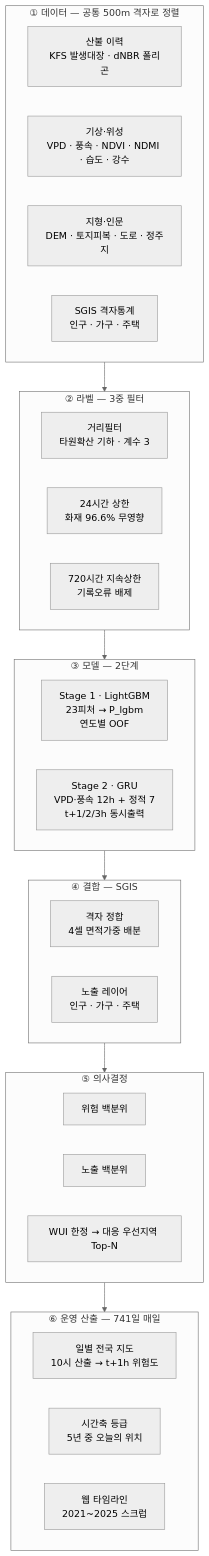
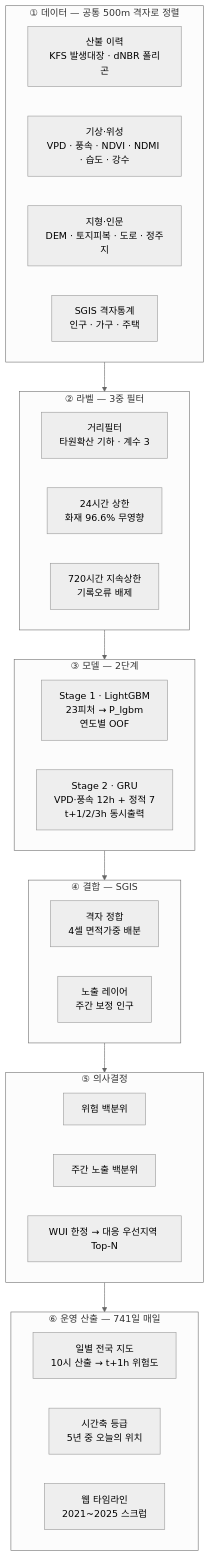
One commit to tradeprogram/SGIS changed the diagram in README.md. Above: the diagram before and after it, drawn with Mermaid (neutral theme). The commit also changed other lines of this file and 1 other file, not shown here.

````diff
--- a/README.md
+++ b/README.md
@@ -64,33 +64,33 @@
 ```mermaid
 flowchart TB
     subgraph S1["① 데이터 — 공통 500m 격자로 정렬"]
         A1[산불 이력<br/>KFS 발생대장 · dNBR 폴리곤]
         A2[기상·위성<br/>VPD · 풍속 · NDVI · NDMI · 습도 · 강수]
         A3[지형·인문<br/>DEM · 토지피복 · 도로 · 정주지]
         A4[SGIS 격자통계<br/>인구 · 가구 · 주택]
     end
     subgraph S2["② 라벨 — 3중 필터"]
         B1[거리필터<br/>타원확산 기하 · 계수 3]
         B2[24시간 상한<br/>화재 96.6% 무영향]
         B3[720시간 지속상한<br/>기록오류 배제]
     end
     subgraph S3["③ 모델 — 2단계"]
         C1[Stage 1 · LightGBM<br/>23피처 → P_lgbm<br/>연도별 OOF]
         C2[Stage 2 · GRU<br/>VPD·풍속 12h + 정적 7<br/>t+1/2/3h 동시출력]
     end
     subgraph S4["④ 결합 — SGIS"]
         D1[격자 정합<br/>4셀 면적가중 배분]
-        D2[노출 레이어<br/>인구 · 가구 · 주택]
+        D2[노출 레이어<br/>주간 보정 인구]
     end
     subgraph S5["⑤ 의사결정"]
         E1[위험 백분위]
-        E2[노출 백분위]
+        E2[주간 노출 백분위]
         E3[WUI 한정 → 대응 우선지역 Top-N]
     end
     subgraph S6["⑥ 운영 산출 — 741일 매일"]
         F1[일별 전국 지도<br/>10시 산출 → t+1h 위험도]
         F2[시간축 등급<br/>5년 중 오늘의 위치]
         F3[웹 타임라인<br/>2021~2025 스크럽]
     end
     S1 --> S2 --> S3 --> S4 --> S5 --> S6
 ```
````
